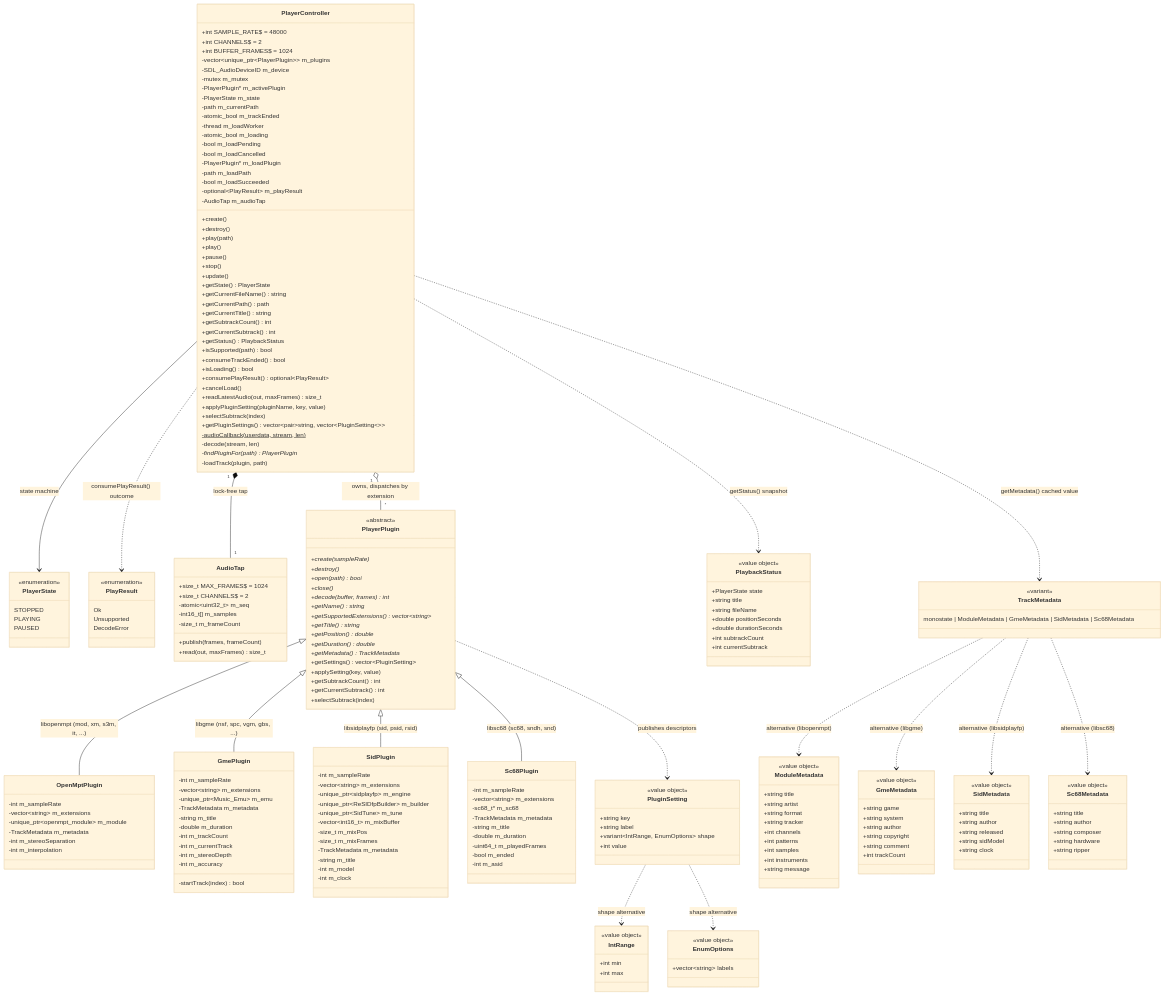
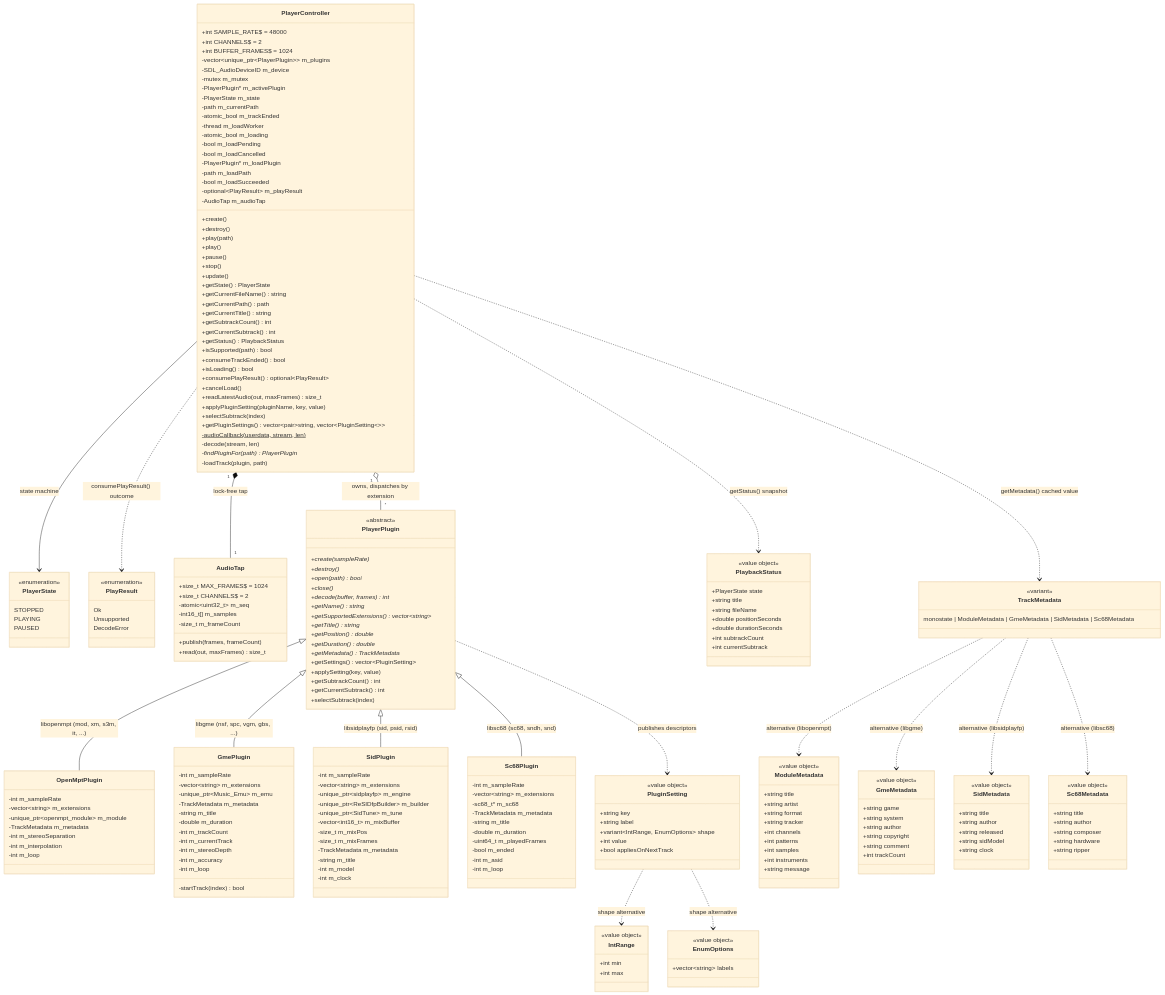
The diagram in docs/audio.md (notnotme/osp2), drawn with Mermaid (base theme) before and after one commit. The commit also changed other lines of this file and 11 other files, not shown here.

```diff
--- a/docs/audio.md
+++ b/docs/audio.md
@@ -104,6 +104,7 @@
         -TrackMetadata m_metadata
         -int m_stereoSeparation
         -int m_interpolation
+        -int m_loop
     }
 
     class GmePlugin {
@@ -117,6 +118,7 @@
         -int m_currentTrack
         -int m_stereoDepth
         -int m_accuracy
+        -int m_loop
         -startTrack(index) bool
     }
 
@@ -145,6 +147,7 @@
         -uint64_t m_playedFrames
         -bool m_ended
         -int m_asid
+        -int m_loop
     }
 
     class PluginSetting {
@@ -153,6 +156,7 @@
         +string label
         +variant~IntRange, EnumOptions~ shape
         +int value
+        +bool appliesOnNextTrack
     }
 
     class IntRange {
```
